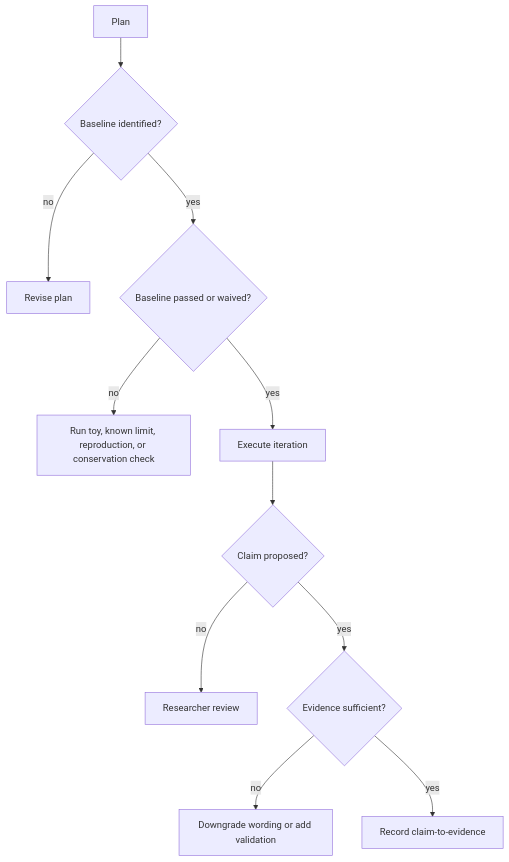
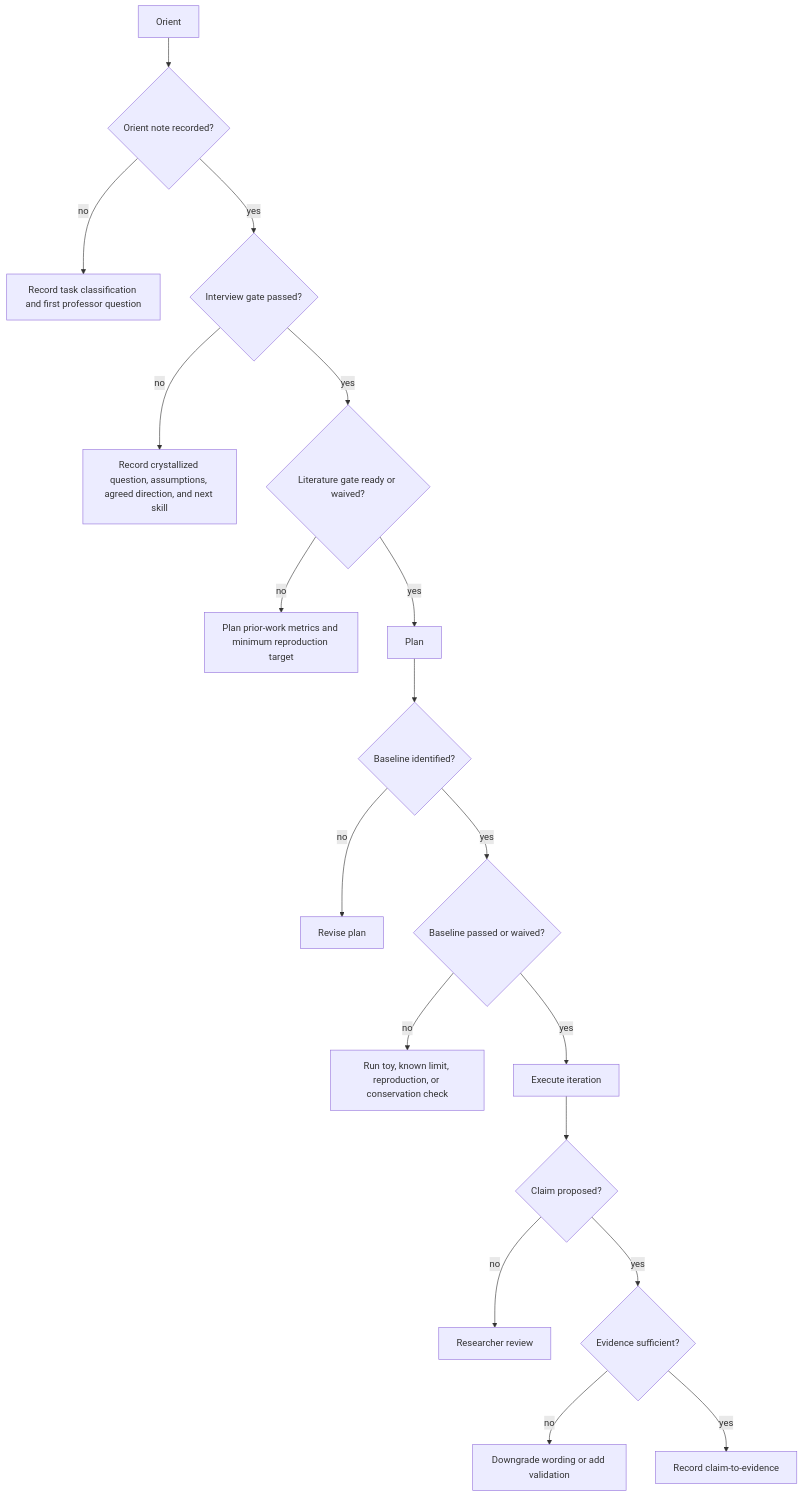
One commit to kisbi3/ResearchPartner changed the fourth of 7 diagrams in docs/workflow_diagrams.md. Above: the diagram before and after it, drawn with Mermaid. The commit also changed other lines of this file and 6 other files, not shown here.

Commit message:
Show interview gate in workflow diagrams

````diff
--- a/docs/workflow_diagrams.md
+++ b/docs/workflow_diagrams.md
@@ -58,13 +60,20 @@
 ```mermaid
 flowchart TD
-    P["Plan"] --> B{"Baseline identified?"}
+    O["Orient"] --> OG{"Orient note recorded?"}
+    OG -->|no| OGR["Record task classification and first professor question"]
+    OG -->|yes| I{"Interview gate passed?"}
+    I -->|no| IN["Record crystallized question, assumptions, agreed direction, and next skill"]
+    I -->|yes| L{"Literature gate ready or waived?"}
+    L -->|no| LP["Plan prior-work metrics and minimum reproduction target"]
+    L -->|yes| P["Plan"]
+    P --> B{"Baseline identified?"}
     B -->|no| BP["Revise plan"]
     B -->|yes| V{"Baseline passed or waived?"}
     V -->|no| BV["Run toy, known limit, reproduction, or conservation check"]
     V -->|yes| E["Execute iteration"]
     E --> C{"Claim proposed?"}
     C -->|no| R["Researcher review"]
     C -->|yes| G{"Evidence sufficient?"}
     G -->|no| DW["Downgrade wording or add validation"]
     G -->|yes| RC["Record claim-to-evidence"]
 ```
````
